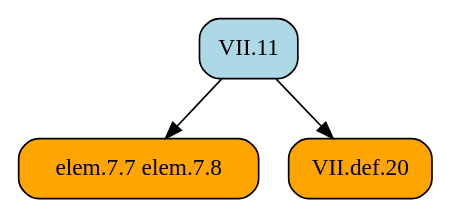
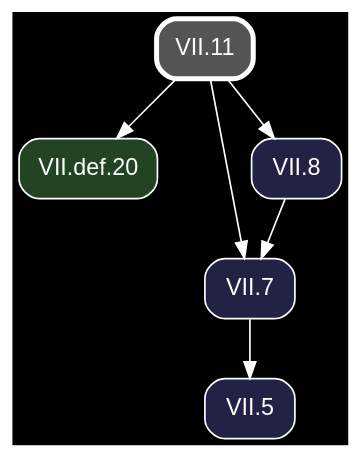
One commit to geometor/elements changed the diagram in docsrc/heath/VII/11/index.rst. Above: the diagram before and after it, drawn with Graphviz. The commit also changed other lines of this file and 1200 other files, not shown here.

Commit message:
update dependency graphs

```diff
--- a/docsrc/heath/VII/11/index.rst
+++ b/docsrc/heath/VII/11/index.rst
@@ -30,11 +30,18 @@
 .. graphviz::
 
    digraph {
+     bgcolor="black";
+     node [shape=box, style="rounded,filled", fontname="Helvetica", color="white", fontcolor="white"];
+     edge [color="white", fontcolor="white"];
      rankdir="TB";
-     node [shape=box, style=rounded];
-     "elem.7.7 elem.7.8" [style="rounded,filled", fillcolor=orange];
-     "VII.def.20" [style="rounded,filled", fillcolor=orange, URL="/heath/VII/def.20/", target="_top"];
-     "VII.11" [style="rounded,filled", fillcolor=lightblue, URL="/heath/VII/11/", target="_top"];
-     "VII.11" -> "elem.7.7 elem.7.8";
+     "VII.def.20" [fillcolor="#224422", URL="/heath/VII/def.20/", target="_top"];
+     "VII.11" [penwidth=3, color="white", fillcolor="#555555", URL="/heath/VII/11/", target="_top"];
+     "VII.7" [fillcolor="#222244", URL="/heath/VII/7/", target="_top"];
+     "VII.8" [fillcolor="#222244", URL="/heath/VII/8/", target="_top"];
+     "VII.5" [fillcolor="#222244", URL="/heath/VII/5/", target="_top"];
      "VII.11" -> "VII.def.20";
+     "VII.8" -> "VII.7";
+     "VII.11" -> "VII.7";
+     "VII.11" -> "VII.8";
+     "VII.7" -> "VII.5";
    }
```
